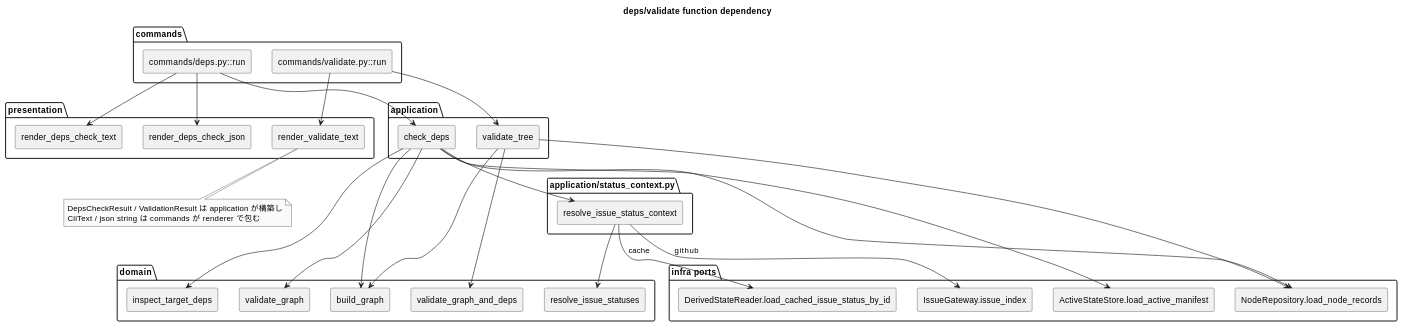
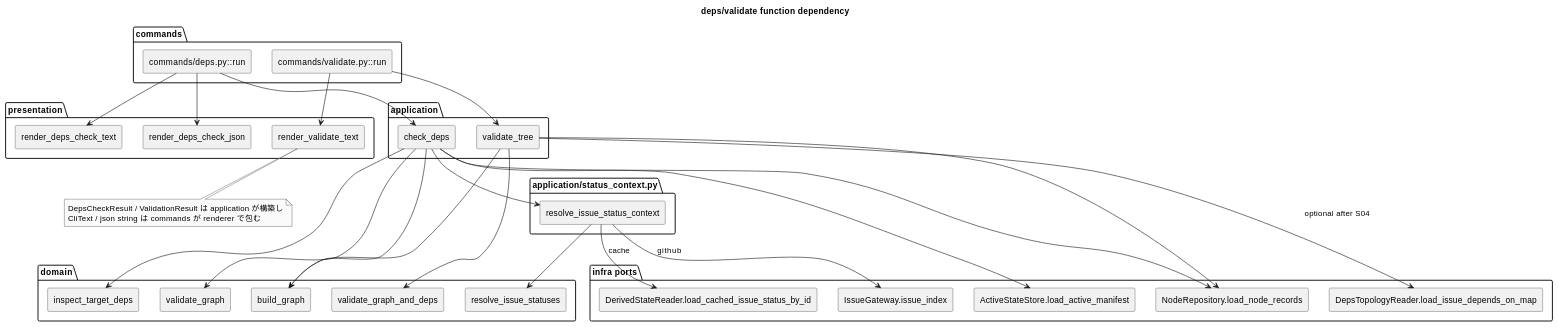
The sixth of 6 diagrams in spec-deps/current/design.md (chemitaro/spec-dock), drawn with PlantUML before and after one commit. The commit also changed other lines of this file and 2 other files, not shown here.

First line of the commit message:
docs(spec-deps): Option B前提で設計と実装計画を整合

````diff
--- a/spec-deps/current/design.md
+++ b/spec-deps/current/design.md
@@ -1481,68 +1512,70 @@
 ```plantuml
 @startuml
 skinparam monochrome true
 top to bottom direction
 title deps/validate function dependency
 
 package "commands" {
   rectangle "commands/deps.py::run" as CmdDeps
   rectangle "commands/validate.py::run" as CmdValidate
 }
 
 package "application" {
   rectangle "check_deps" as AppCheckDeps
   rectangle "validate_tree" as AppValidate
 }
 
 package "application/status_context.py" {
   rectangle "resolve_issue_status_context" as AppIssueStatusCtx
 }
 
 package "domain" {
   rectangle "build_graph" as DomBuildGraph2
   rectangle "validate_graph" as DomValidateGraph2
   rectangle "inspect_target_deps" as DomInspectTargetDeps
   rectangle "validate_graph_and_deps" as DomValidateAll
   rectangle "resolve_issue_statuses" as DomResolveStatuses2
 }
 
 package "infra ports" {
   rectangle "NodeRepository.load_node_records" as PortLoadNodes2
   rectangle "DerivedStateReader.load_cached_issue_status_by_id" as PortCached2
+  rectangle "DepsTopologyReader.load_issue_depends_on_map" as PortLoadDeps2
   rectangle "IssueGateway.issue_index" as PortIssueIndex2
   rectangle "ActiveStateStore.load_active_manifest" as PortLoadActive2
 }
 
 package "presentation" {
   rectangle "render_deps_check_text" as PreDepsText
   rectangle "render_deps_check_json" as PreDepsJson
   rectangle "render_validate_text" as PreValidateText
 }
 
 CmdDeps --> AppCheckDeps
 CmdDeps --> PreDepsText
 CmdDeps --> PreDepsJson
 
 AppCheckDeps --> PortLoadNodes2
 AppCheckDeps --> DomBuildGraph2
 AppCheckDeps --> DomValidateGraph2
 AppCheckDeps --> AppIssueStatusCtx
 AppCheckDeps --> PortLoadActive2
 AppCheckDeps --> DomInspectTargetDeps
 
 AppIssueStatusCtx --> PortIssueIndex2 : github
 AppIssueStatusCtx --> PortCached2 : cache
 AppIssueStatusCtx --> DomResolveStatuses2
 
 CmdValidate --> AppValidate
 CmdValidate --> PreValidateText
 AppValidate --> PortLoadNodes2
+AppValidate --> PortLoadDeps2 : optional after S04
 AppValidate --> DomBuildGraph2
 AppValidate --> DomValidateAll
 
 note bottom
 DepsCheckResult / ValidationResult は application が構築し
 CliText / json string は commands が renderer で包む
 end note
 @enduml
 ```
````
